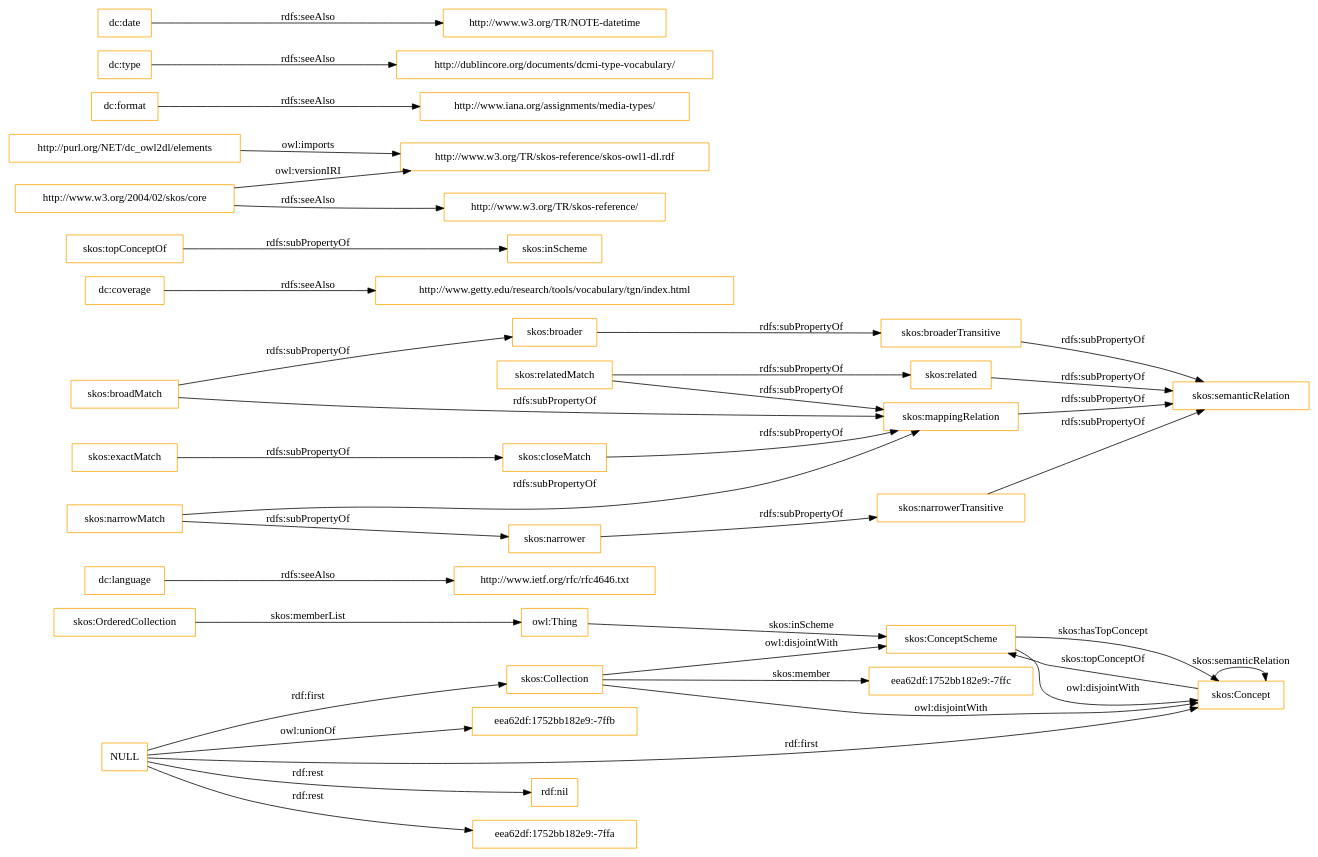
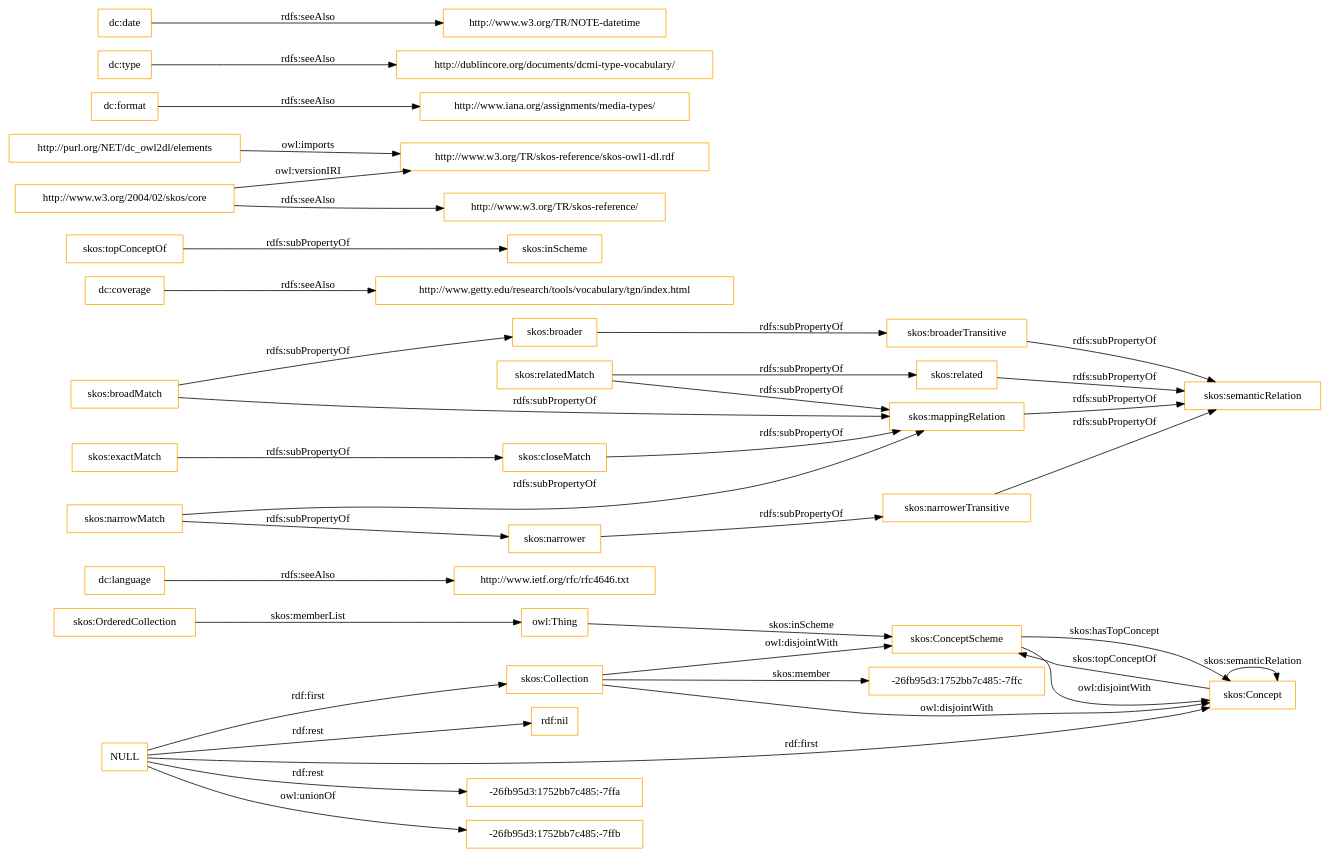
The diagram in OnToology/imports/elements.owl/diagrams/ar2dtool-class/elements.owl.png.dot (OnToologyUser/core-ontology-1), drawn with Graphviz before and after one commit. The commit also changed 14 other files, not shown here.

```diff
--- a/OnToology/imports/elements.owl/diagrams/ar2dtool-class/elements.owl.png.dot
+++ b/OnToology/imports/elements.owl/diagrams/ar2dtool-class/elements.owl.png.dot
@@ -1,43 +1,43 @@
 digraph ar2dtool_diagram { 
 rankdir=LR;
 size="1501"
-node [shape = rectangle, color="orange"]; "eea62df:1752bb182e9:-7ffc" "skos:OrderedCollection" "skos:Collection" "skos:ConceptScheme" "skos:Concept" ; /*classes style*/
+node [shape = rectangle, color="orange"]; "-26fb95d3:1752bb7c485:-7ffc" "skos:OrderedCollection" "skos:Collection" "skos:ConceptScheme" "skos:Concept" ; /*classes style*/
 	"dc:language" -> "http://www.ietf.org/rfc/rfc4646.txt" [ label = "rdfs:seeAlso" ];
+	"NULL" -> "-26fb95d3:1752bb7c485:-7ffa" [ label = "rdf:rest" ];
+	"NULL" -> "skos:Concept" [ label = "rdf:first" ];
+	"NULL" -> "-26fb95d3:1752bb7c485:-7ffb" [ label = "owl:unionOf" ];
 	"NULL" -> "rdf:nil" [ label = "rdf:rest" ];
 	"NULL" -> "skos:Collection" [ label = "rdf:first" ];
-	"NULL" -> "eea62df:1752bb182e9:-7ffa" [ label = "rdf:rest" ];
-	"NULL" -> "skos:Concept" [ label = "rdf:first" ];
-	"NULL" -> "eea62df:1752bb182e9:-7ffb" [ label = "owl:unionOf" ];
 	"skos:closeMatch" -> "skos:mappingRelation" [ label = "rdfs:subPropertyOf" ];
 	"dc:coverage" -> "http://www.getty.edu/research/tools/vocabulary/tgn/index.html" [ label = "rdfs:seeAlso" ];
 	"skos:relatedMatch" -> "skos:related" [ label = "rdfs:subPropertyOf" ];
 	"skos:relatedMatch" -> "skos:mappingRelation" [ label = "rdfs:subPropertyOf" ];
 	"skos:ConceptScheme" -> "skos:Concept" [ label = "owl:disjointWith" ];
 	"skos:related" -> "skos:semanticRelation" [ label = "rdfs:subPropertyOf" ];
 	"skos:topConceptOf" -> "skos:inScheme" [ label = "rdfs:subPropertyOf" ];
 	"skos:broadMatch" -> "skos:broader" [ label = "rdfs:subPropertyOf" ];
 	"skos:broadMatch" -> "skos:mappingRelation" [ label = "rdfs:subPropertyOf" ];
 	"http://purl.org/NET/dc_owl2dl/elements" -> "http://www.w3.org/TR/skos-reference/skos-owl1-dl.rdf" [ label = "owl:imports" ];
 	"skos:exactMatch" -> "skos:closeMatch" [ label = "rdfs:subPropertyOf" ];
 	"dc:format" -> "http://www.iana.org/assignments/media-types/" [ label = "rdfs:seeAlso" ];
 	"skos:broaderTransitive" -> "skos:semanticRelation" [ label = "rdfs:subPropertyOf" ];
 	"dc:type" -> "http://dublincore.org/documents/dcmi-type-vocabulary/" [ label = "rdfs:seeAlso" ];
 	"skos:broader" -> "skos:broaderTransitive" [ label = "rdfs:subPropertyOf" ];
 	"skos:mappingRelation" -> "skos:semanticRelation" [ label = "rdfs:subPropertyOf" ];
 	"http://www.w3.org/2004/02/skos/core" -> "http://www.w3.org/TR/skos-reference/skos-owl1-dl.rdf" [ label = "owl:versionIRI" ];
 	"http://www.w3.org/2004/02/skos/core" -> "http://www.w3.org/TR/skos-reference/" [ label = "rdfs:seeAlso" ];
 	"skos:Collection" -> "skos:ConceptScheme" [ label = "owl:disjointWith" ];
 	"skos:Collection" -> "skos:Concept" [ label = "owl:disjointWith" ];
 	"skos:narrowMatch" -> "skos:narrower" [ label = "rdfs:subPropertyOf" ];
 	"skos:narrowMatch" -> "skos:mappingRelation" [ label = "rdfs:subPropertyOf" ];
 	"skos:narrower" -> "skos:narrowerTransitive" [ label = "rdfs:subPropertyOf" ];
 	"dc:date" -> "http://www.w3.org/TR/NOTE-datetime" [ label = "rdfs:seeAlso" ];
 	"skos:narrowerTransitive" -> "skos:semanticRelation" [ label = "rdfs:subPropertyOf" ];
 	"skos:OrderedCollection" -> "owl:Thing" [ label = "skos:memberList" ];
 	"skos:Concept" -> "skos:ConceptScheme" [ label = "skos:topConceptOf" ];
 	"skos:Concept" -> "skos:Concept" [ label = "skos:semanticRelation" ];
-	"skos:Collection" -> "eea62df:1752bb182e9:-7ffc" [ label = "skos:member" ];
+	"skos:Collection" -> "-26fb95d3:1752bb7c485:-7ffc" [ label = "skos:member" ];
 	"skos:ConceptScheme" -> "skos:Concept" [ label = "skos:hasTopConcept" ];
 	"owl:Thing" -> "skos:ConceptScheme" [ label = "skos:inScheme" ];
 
 }
```
